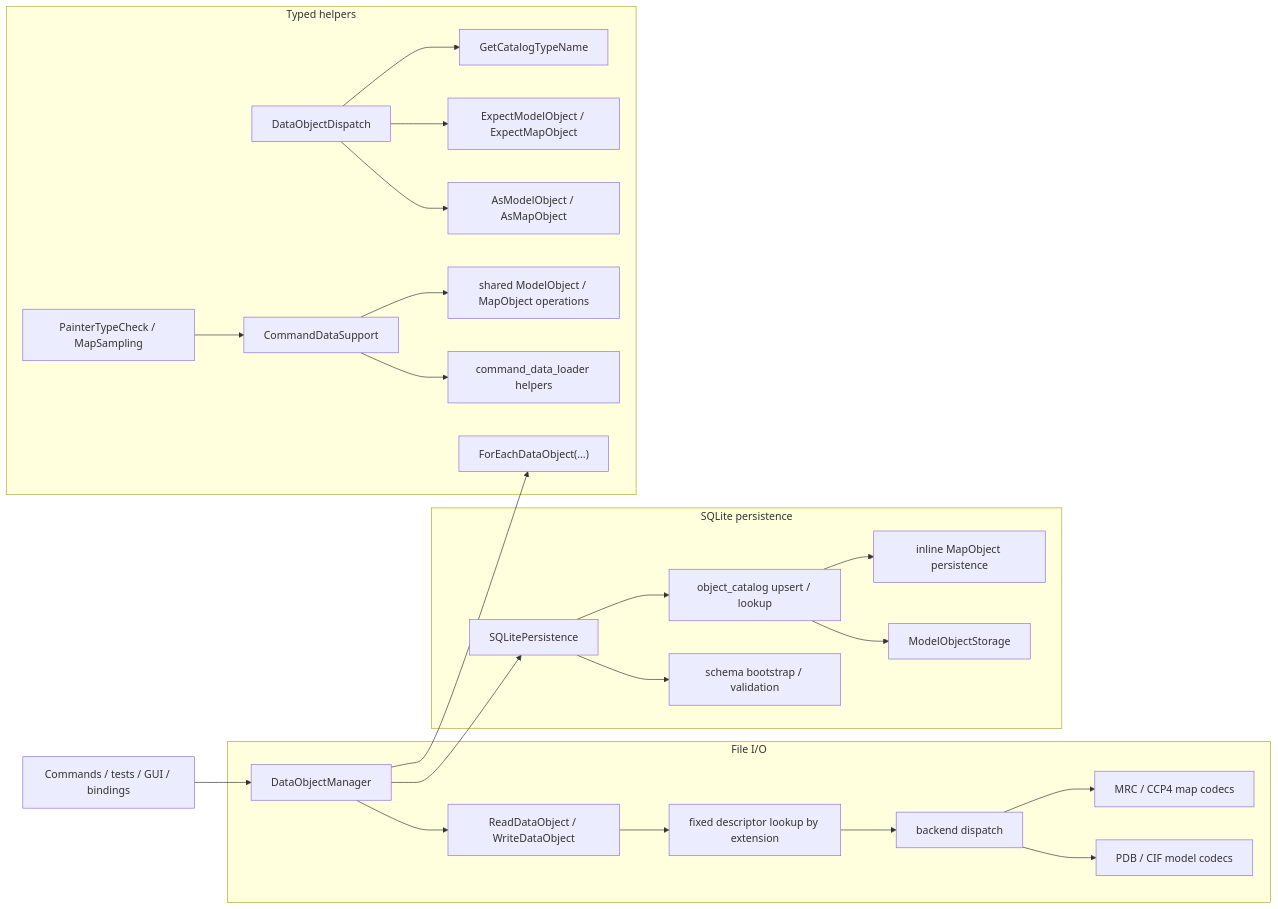
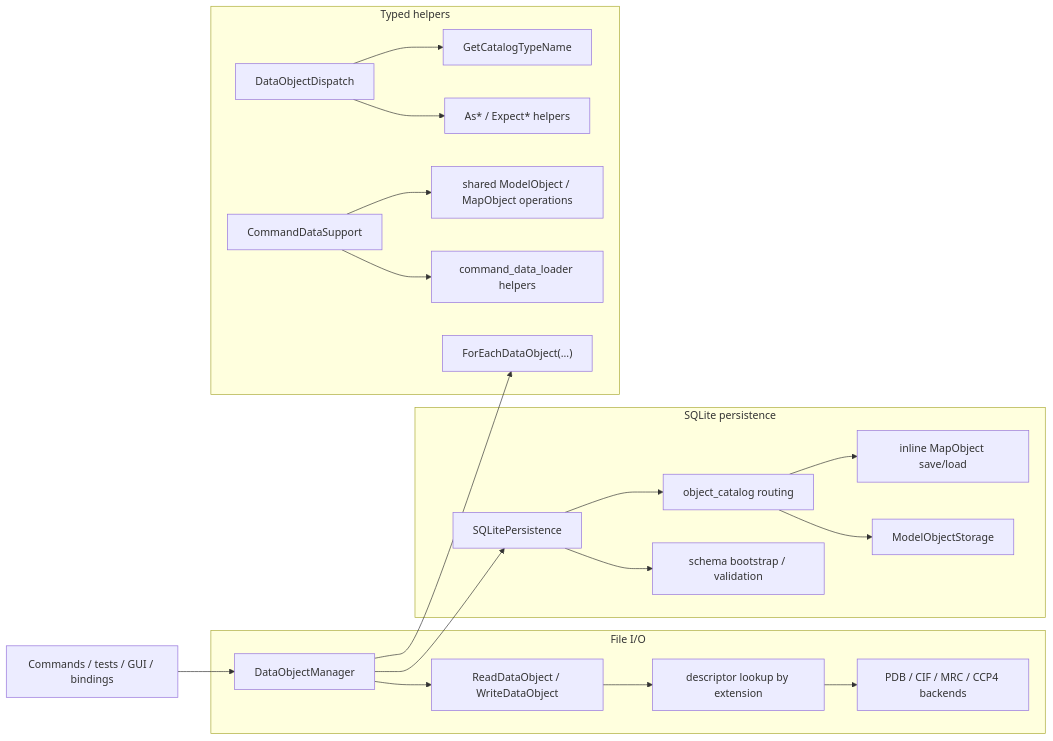
One commit to yslianTim/rhbm_gem changed the diagram in docs/developer/architecture/dataobject-io-architecture.md. Above: the diagram before and after it, drawn with Mermaid. The commit also changed other lines of this file and 1 other file, not shown here.

````diff
--- a/docs/developer/architecture/dataobject-io-architecture.md
+++ b/docs/developer/architecture/dataobject-io-architecture.md
@@ -42,30 +43,26 @@
 ```mermaid
 flowchart LR
     A["Commands / tests / GUI / bindings"] --> B["DataObjectManager"]
 
     subgraph F["File I/O"]
       B --> C["ReadDataObject / WriteDataObject"]
-      C --> D["fixed descriptor lookup by extension"]
-      D --> E["backend dispatch"]
-      E --> F1["PDB / CIF model codecs"]
-      E --> F2["MRC / CCP4 map codecs"]
+      C --> D["descriptor lookup by extension"]
+      D --> E["PDB / CIF / MRC / CCP4 backends"]
     end
 
     subgraph P["SQLite persistence"]
       B --> H["SQLitePersistence"]
       H --> I["schema bootstrap / validation"]
-      H --> J["object_catalog upsert / lookup"]
+      H --> J["object_catalog routing"]
       J --> K["ModelObjectStorage"]
-      J --> L["inline MapObject persistence"]
+      J --> L["inline MapObject save/load"]
     end
 
     subgraph T["Typed helpers"]
       B --> M["ForEachDataObject(...)"]
-      N["DataObjectDispatch"] --> N1["AsModelObject / AsMapObject"]
-      N --> N2["ExpectModelObject / ExpectMapObject"]
-      N --> N3["GetCatalogTypeName"]
+      N["DataObjectDispatch"] --> N1["As* / Expect* helpers"]
+      N --> N2["GetCatalogTypeName"]
       O["CommandDataSupport"] --> O1["command_data_loader helpers"]
       O --> O2["shared ModelObject / MapObject operations"]
-      P2["PainterTypeCheck / MapSampling"] --> O
     end
 ```
````
